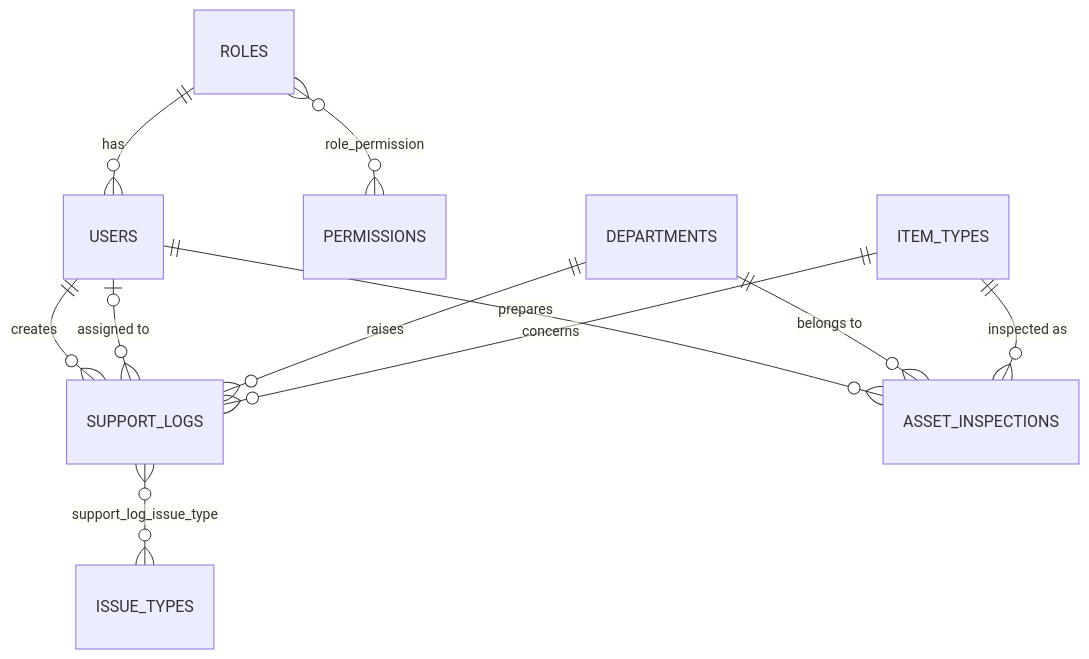
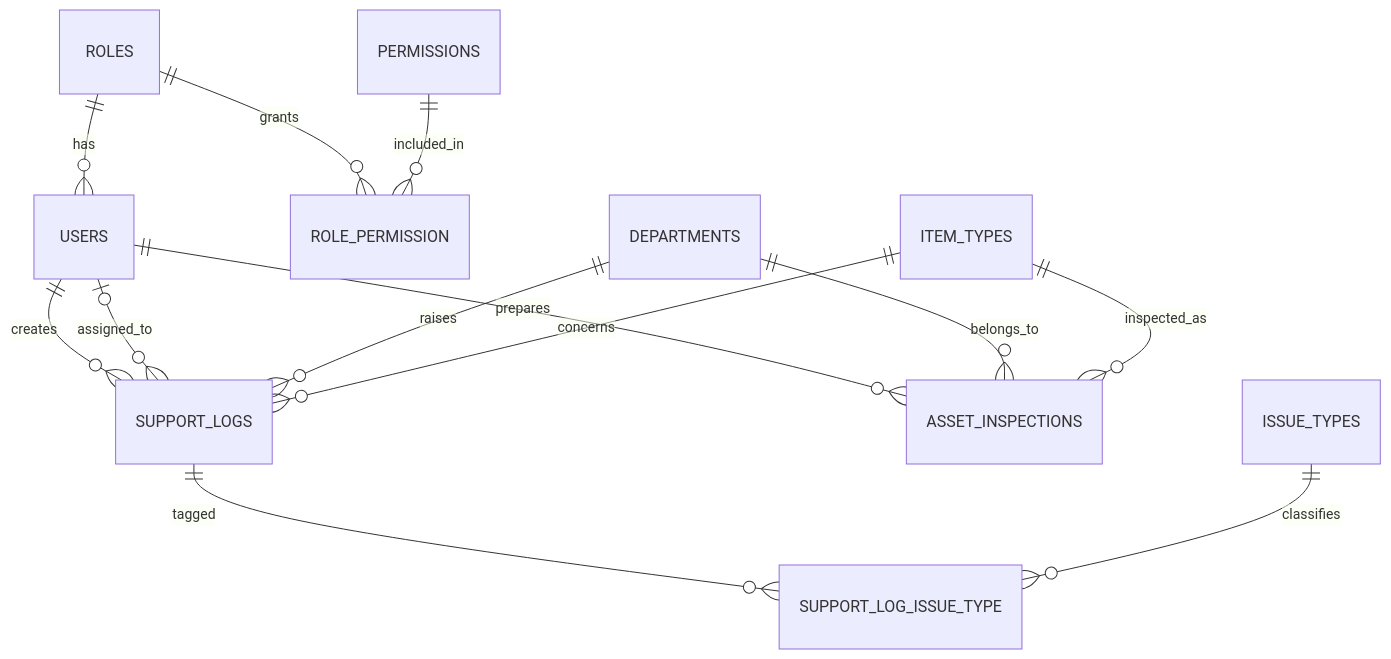
The diagram in README.md (obaiddp/log-report-backend), drawn with Mermaid before and after one commit. The commit also changed other lines of this file, not shown here.

Commit message:
Adding diagram in readme

````diff
--- a/README.md
+++ b/README.md
@@ -14,13 +14,15 @@
 ```mermaid
 erDiagram
   ROLES ||--o{ USERS : has
-  ROLES }o--o{ PERMISSIONS : "role_permission"
+  ROLES ||--o{ ROLE_PERMISSION : grants
+  PERMISSIONS ||--o{ ROLE_PERMISSION : included_in
   USERS ||--o{ SUPPORT_LOGS : creates
-  USERS |o--o{ SUPPORT_LOGS : "assigned to"
+  USERS |o--o{ SUPPORT_LOGS : assigned_to
   USERS ||--o{ ASSET_INSPECTIONS : prepares
   DEPARTMENTS ||--o{ SUPPORT_LOGS : raises
-  DEPARTMENTS ||--o{ ASSET_INSPECTIONS : "belongs to"
+  DEPARTMENTS ||--o{ ASSET_INSPECTIONS : belongs_to
   ITEM_TYPES ||--o{ SUPPORT_LOGS : concerns
-  ITEM_TYPES ||--o{ ASSET_INSPECTIONS : "inspected as"
-  SUPPORT_LOGS }o--o{ ISSUE_TYPES : "support_log_issue_type"
+  ITEM_TYPES ||--o{ ASSET_INSPECTIONS : inspected_as
+  SUPPORT_LOGS ||--o{ SUPPORT_LOG_ISSUE_TYPE : tagged
+  ISSUE_TYPES ||--o{ SUPPORT_LOG_ISSUE_TYPE : classifies
 ```
````
